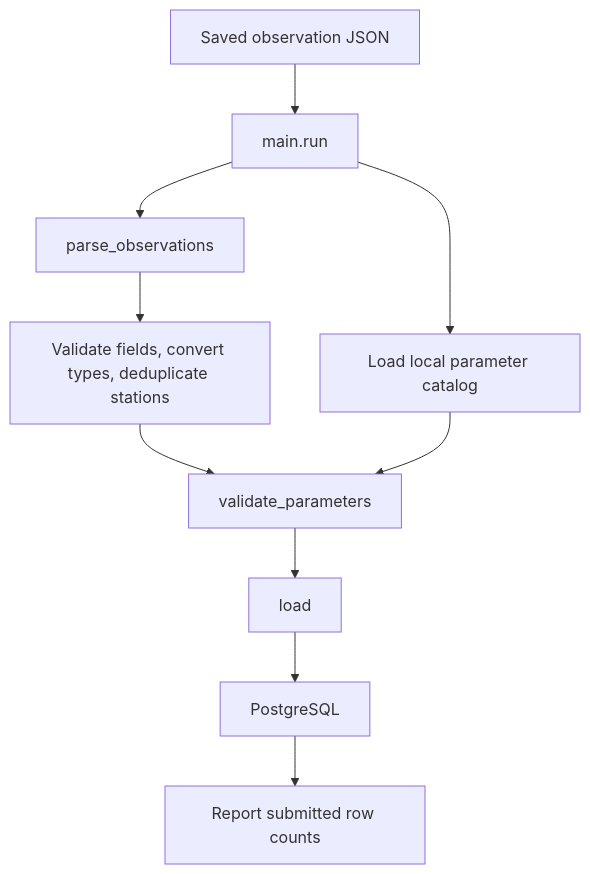
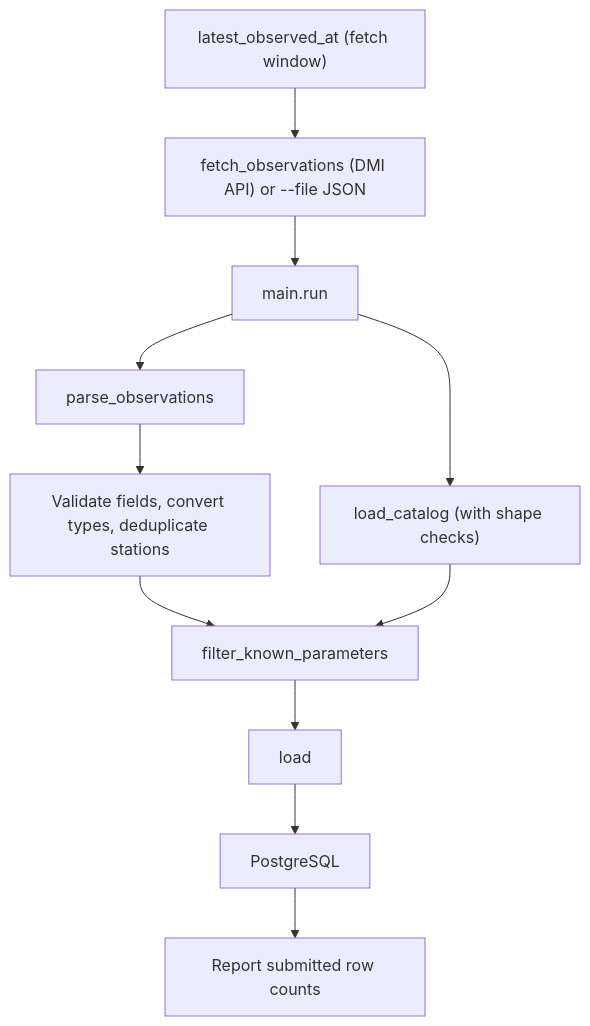
Before and after one commit to Pliniussen/dmi-ohs-data-pipeline: the first of 2 diagrams in presentation.md, drawn with Mermaid. The commit also changed other lines of this file and 2 other files, not shown here.

Commit message:
Document API extraction, multi-station config and the dev container setup

````diff
--- a/presentation.md
+++ b/presentation.md
@@ -17,12 +15,13 @@
 ```mermaid
 flowchart TD
-    A["Saved observation JSON"] --> B["main.run"]
+    W["latest_observed_at (fetch window)"] --> A
+    A["fetch_observations (DMI API) or --file JSON"] --> B["main.run"]
     B --> C["parse_observations"]
     C --> D["Validate fields, convert types, deduplicate stations"]
-    B --> E["Load local parameter catalog"]
-    D --> F["validate_parameters"]
+    B --> E["load_catalog (with shape checks)"]
+    D --> F["filter_known_parameters"]
     E --> F
     F --> G["load"]
     G --> H["PostgreSQL"]
     H --> I["Report submitted row counts"]
 ```
````
